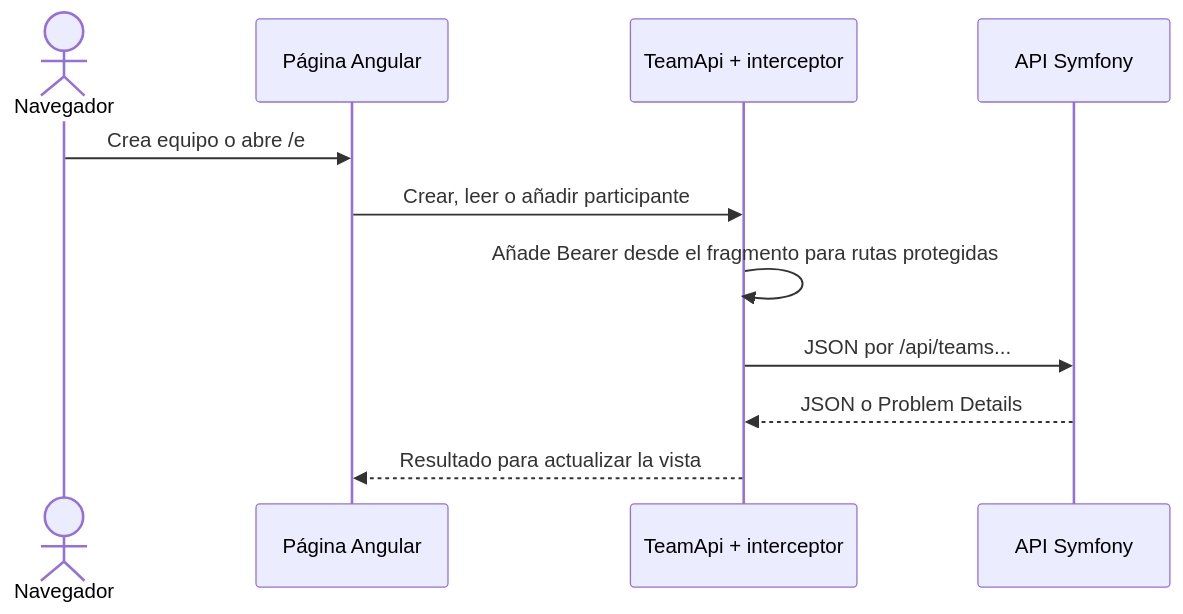
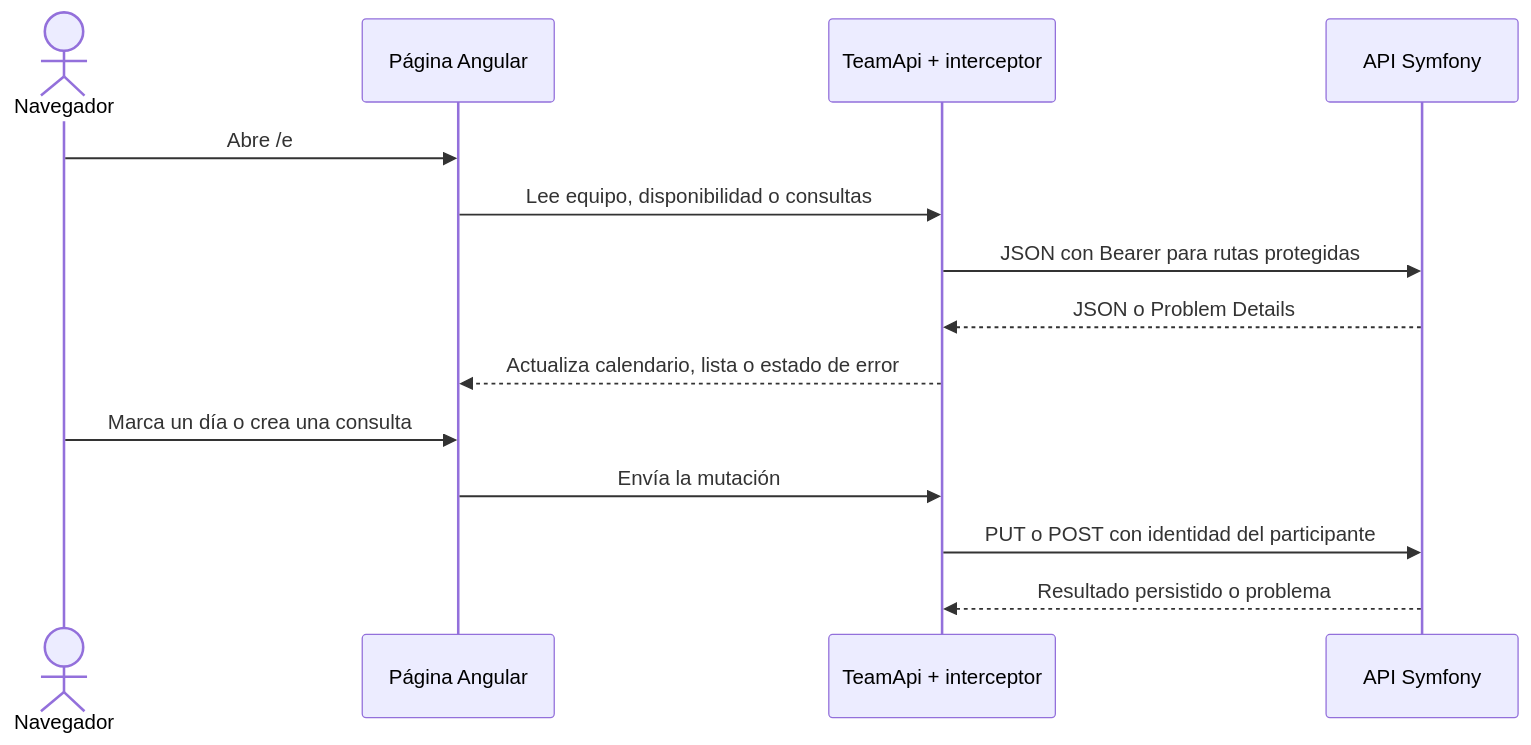
Before and after one commit to franciscoferrandez/SynqoApp: the second of 2 diagrams in doc/architecture/web.md, drawn with Mermaid. The commit also changed other lines of this file and 7 other files, not shown here.

Commit message:
docs(doc): actualizar arquitectura y estado de la entrega

````diff
--- a/doc/architecture/web.md
+++ b/doc/architecture/web.md
@@ -38,14 +37,17 @@
 ```mermaid
 sequenceDiagram
     actor User as Navegador
     participant Page as Página Angular
     participant Client as TeamApi + interceptor
     participant API as API Symfony
 
-    User->>Page: Crea equipo o abre /e#t=...
-    Page->>Client: Crear, leer o añadir participante
-    Client->>Client: Añade Bearer desde el fragmento para rutas protegidas
-    Client->>API: JSON por /api/teams...
+    User->>Page: Abre /e#t=... y selecciona una identidad
+    Page->>Client: Lee equipo, disponibilidad o consultas
+    Client->>API: JSON con Bearer para rutas protegidas
     API-->>Client: JSON o Problem Details
-    Client-->>Page: Resultado para actualizar la vista
+    Client-->>Page: Actualiza calendario, lista o estado de error
+    User->>Page: Marca un día o crea una consulta
+    Page->>Client: Envía la mutación
+    Client->>API: PUT o POST con identidad del participante
+    API-->>Client: Resultado persistido o problema
 ```
````
